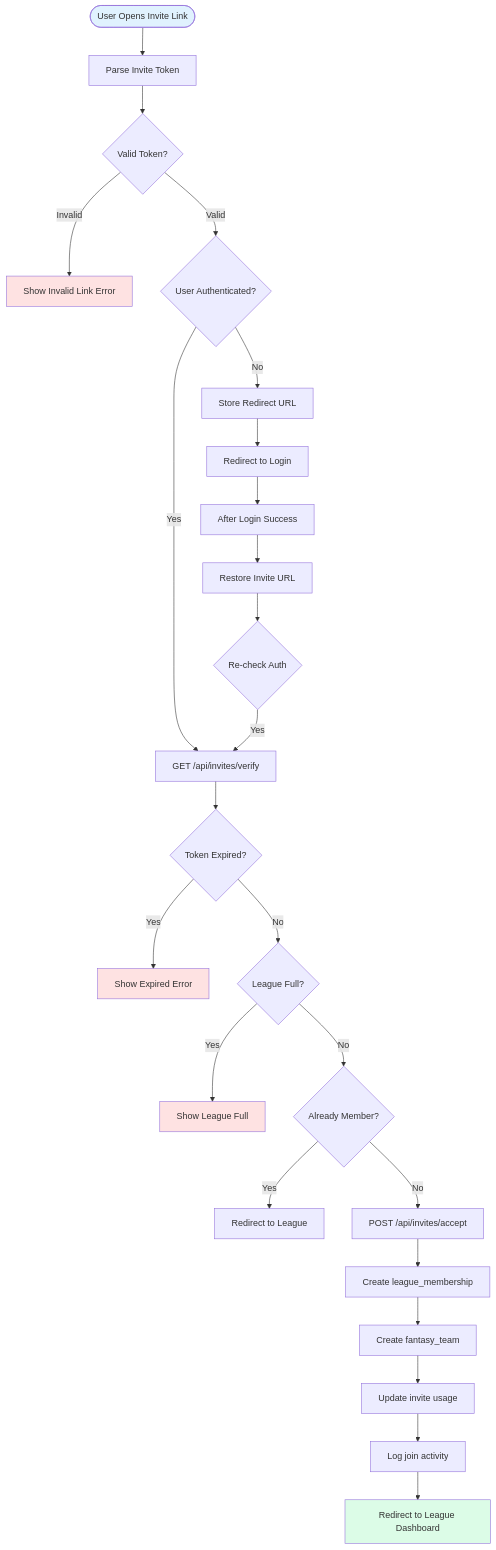
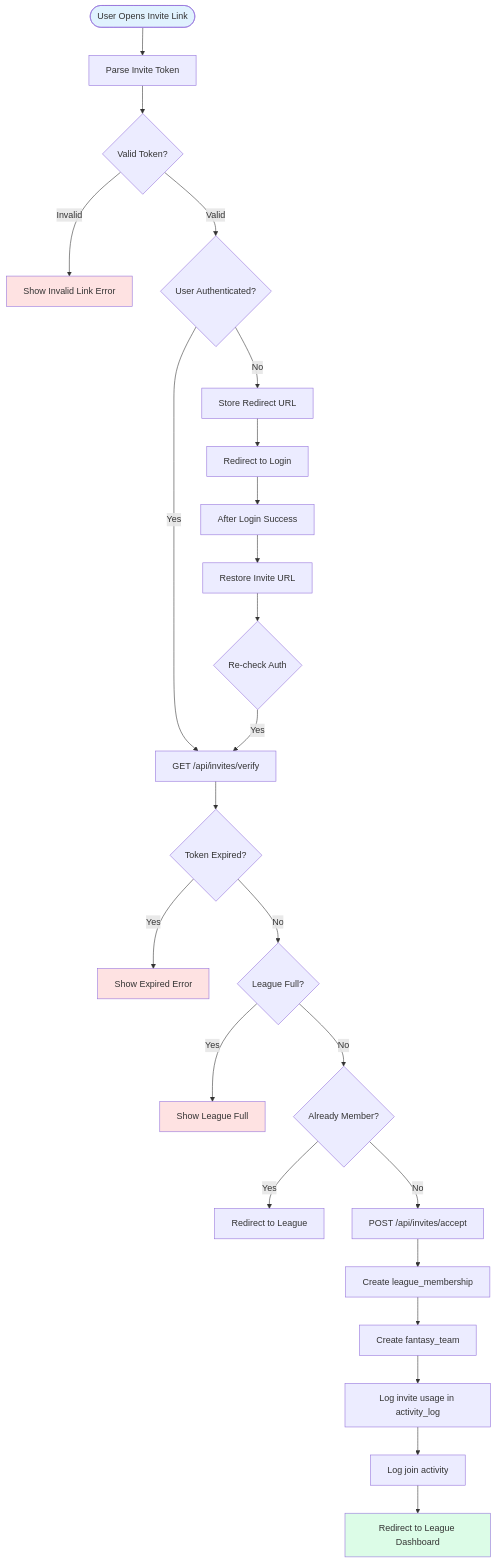
Before and after one commit to kpm34/college-football-fantasy-app: the first of 2 diagrams in docs/diagrams/functional-flow/join-league.md, drawn with Mermaid. The commit also changed other lines of this file and 14 other files, not shown here.

````diff
--- a/docs/diagrams/functional-flow/join-league.md
+++ b/docs/diagrams/functional-flow/join-league.md
@@ -13,38 +13,38 @@
 ```mermaid
 flowchart TD
     Start([User Opens Invite Link]) --> ParseToken[Parse Invite Token]
     ParseToken --> ValidateToken{Valid Token?}
     ValidateToken -->|Invalid| ShowError[Show Invalid Link Error]
     ValidateToken -->|Valid| CheckAuth{User Authenticated?}
     
     CheckAuth -->|No| StoreRedirect[Store Redirect URL]
     StoreRedirect --> LoginPage[Redirect to Login]
     LoginPage --> AfterLogin[After Login Success]
     AfterLogin --> RestoreRedirect[Restore Invite URL]
     RestoreRedirect --> CheckAuth2{Re-check Auth}
     
     CheckAuth -->|Yes| FetchInvite[GET /api/invites/verify]
     CheckAuth2 -->|Yes| FetchInvite
     
     FetchInvite --> CheckExpiry{Token Expired?}
     CheckExpiry -->|Yes| ExpiredError[Show Expired Error]
     CheckExpiry -->|No| CheckCapacity{League Full?}
     
     CheckCapacity -->|Yes| FullError[Show League Full]
     CheckCapacity -->|No| CheckMember{Already Member?}
     
     CheckMember -->|Yes| RedirectLeague[Redirect to League]
     CheckMember -->|No| AcceptAPI[POST /api/invites/accept]
     
     AcceptAPI --> CreateMembership[Create league_membership]
     CreateMembership --> CreateTeam[Create fantasy_team]
-    CreateTeam --> UpdateInvite[Update invite usage]
+    CreateTeam --> UpdateInvite[Log invite usage in activity_log]
     UpdateInvite --> LogActivity[Log join activity]
     LogActivity --> Success[Redirect to League Dashboard]
     
     style Start fill:#e0f2fe
     style Success fill:#dcfce7
     style ShowError fill:#fee2e2
     style ExpiredError fill:#fee2e2
     style FullError fill:#fee2e2
 ```
````
